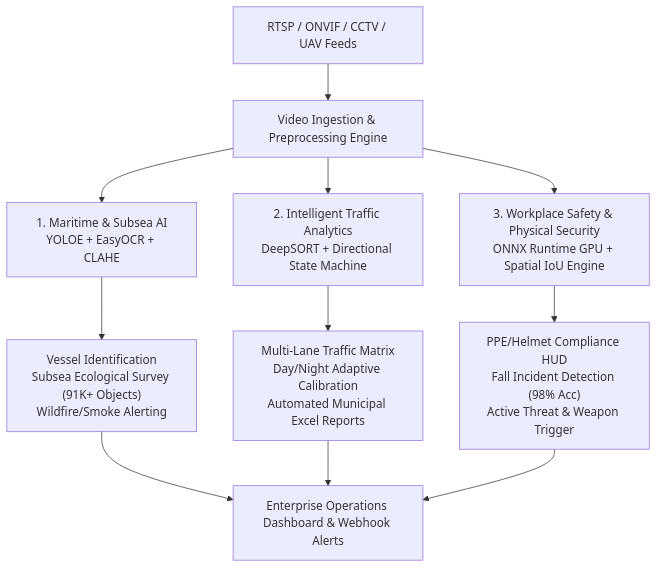
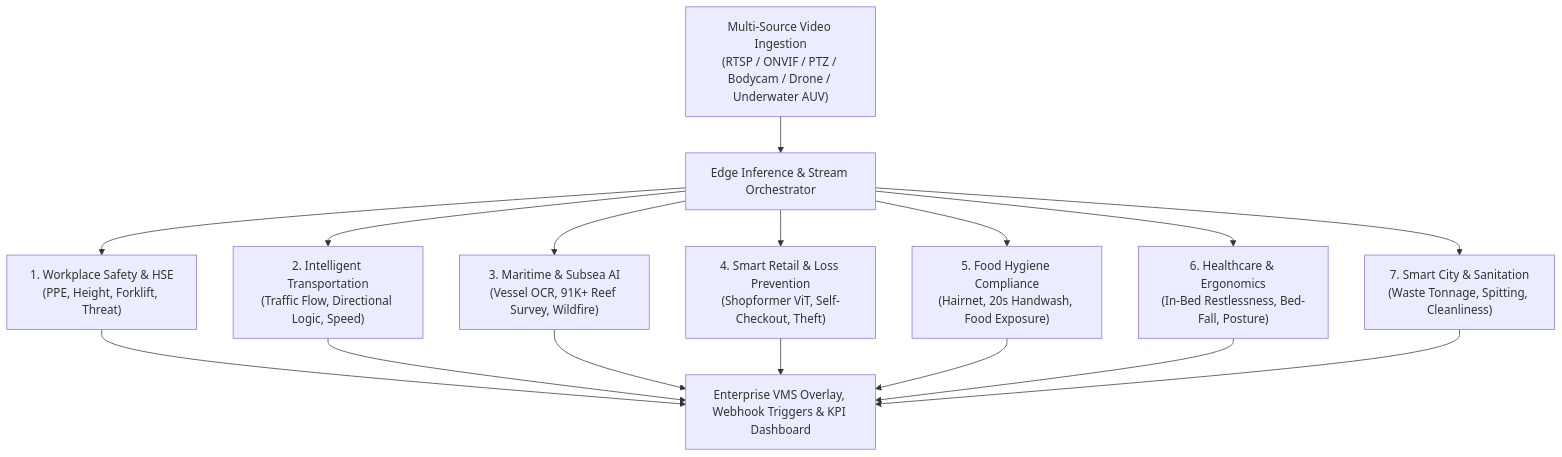
The diagram in README.md (mh-masum6875/enterprise-computer-vision-solutions), drawn with Mermaid before and after one commit. The commit also changed other lines of this file, not shown here.

Commit message:
Update master capabilities matrix with 80+ production systems

````diff
--- a/README.md
+++ b/README.md
@@ -14,16 +14,20 @@
 ```mermaid
 graph TD
-    Cameras["RTSP / ONVIF / CCTV / UAV Feeds"] --> Ingestion["Video Ingestion & Preprocessing Engine"]
+    Feeds["Multi-Source Video Ingestion<br/>(RTSP / ONVIF / PTZ / Bodycam / Drone / Underwater AUV)"] --> Pipeline["Edge Inference & Stream Orchestrator"]
     
-    Ingestion --> M1["1. Maritime & Subsea AI<br/>YOLOE + EasyOCR + CLAHE"]
-    Ingestion --> M2["2. Intelligent Traffic Analytics<br/>DeepSORT + Directional State Machine"]
-    Ingestion --> M3["3. Workplace Safety & Physical Security<br/>ONNX Runtime GPU + Spatial IoU Engine"]
+    Pipeline --> R1["1. Workplace Safety & HSE<br/>(PPE, Height, Forklift, Threat)"]
+    Pipeline --> R2["2. Intelligent Transportation<br/>(Traffic Flow, Directional Logic, Speed)"]
+    Pipeline --> R3["3. Maritime & Subsea AI<br/>(Vessel OCR, 91K+ Reef Survey, Wildfire)"]
+    Pipeline --> R4["4. Smart Retail & Loss Prevention<br/>(Shopformer ViT, Self-Checkout, Theft)"]
+    Pipeline --> R5["5. Food Hygiene Compliance<br/>(Hairnet, 20s Handwash, Food Exposure)"]
+    Pipeline --> R6["6. Healthcare & Ergonomics<br/>(In-Bed Restlessness, Bed-Fall, Posture)"]
+    Pipeline --> R7["7. Smart City & Sanitation<br/>(Waste Tonnage, Spitting, Cleanliness)"]
     
-    M1 --> M1_Out["Vessel Identification<br/>Subsea Ecological Survey (91K+ Objects)<br/>Wildfire/Smoke Alerting"]
-    M2 --> M2_Out["Multi-Lane Traffic Matrix<br/>Day/Night Adaptive Calibration<br/>Automated Municipal Excel Reports"]
-    M3 --> M3_Out["PPE/Helmet Compliance HUD<br/>Fall Incident Detection (98% Acc)<br/>Active Threat & Weapon Trigger"]
-    
-    M1_Out --> Dashboard["Enterprise Operations Dashboard & Webhook Alerts"]
-    M2_Out --> Dashboard
-    M3_Out --> Dashboard
+    R1 --> AlertHub["Enterprise VMS Overlay, Webhook Triggers & KPI Dashboard"]
+    R2 --> AlertHub
+    R3 --> AlertHub
+    R4 --> AlertHub
+    R5 --> AlertHub
+    R6 --> AlertHub
+    R7 --> AlertHub
 ```
````
